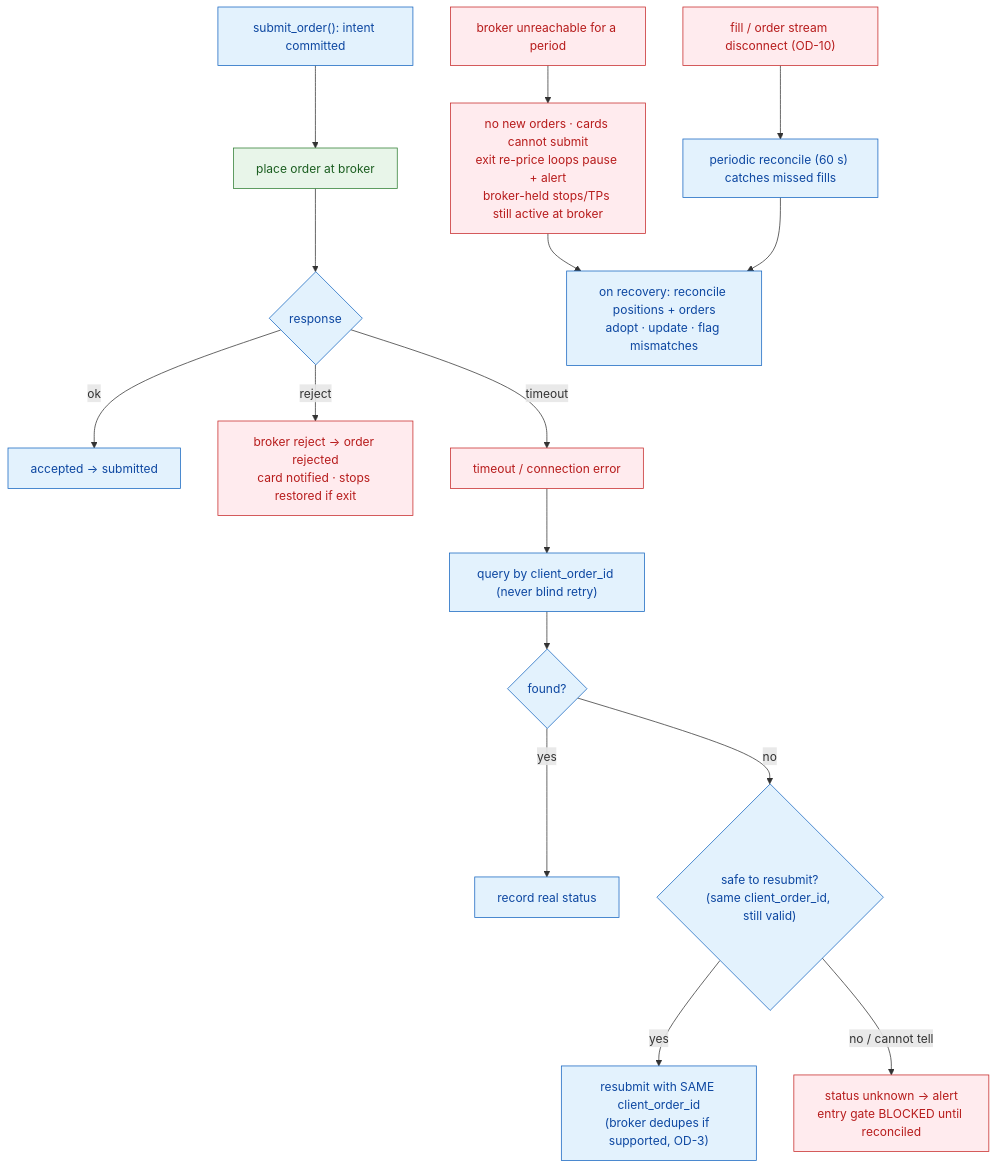
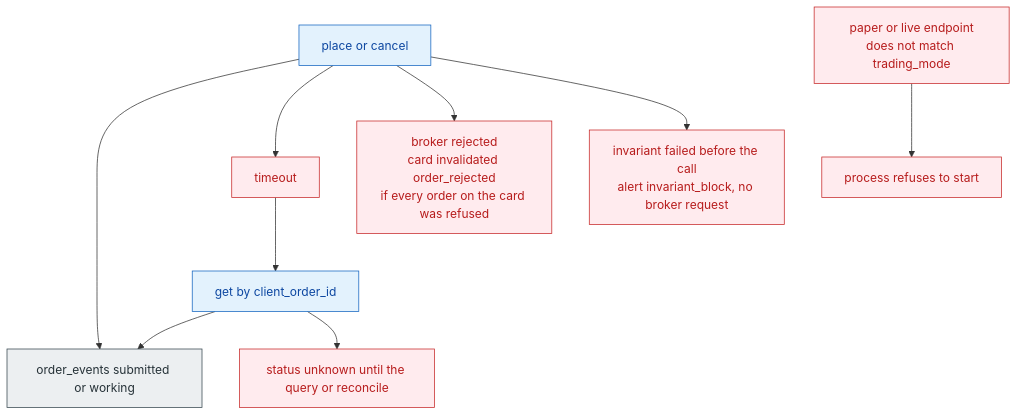
The fifth of 7 diagrams in docs/diagrams/09-failure-recovery.md (idolrun/trading-agent), drawn with Mermaid before and after one commit. The commit also changed other lines of this file and 131 other files, not shown here.

First line of the commit message:
docs: update architecture and data flow diagrams for clarity and consistency

````diff
--- a/docs/diagrams/09-failure-recovery.md
+++ b/docs/diagrams/09-failure-recovery.md
@@ -221,35 +161,24 @@
 ```mermaid
 flowchart TB
     classDef code fill:#e3f2fd,stroke:#1565c0,color:#0d47a1
     classDef fail fill:#ffebee,stroke:#c62828,color:#b71c1c
-    classDef ext fill:#e8f5e9,stroke:#2e7d32,color:#1b5e20
+    classDef store fill:#eceff1,stroke:#37474f,color:#263238
 
-    SUB["submit_order(): intent committed"]:::code
-    CALL["place order at broker"]:::ext
-    R{"response"}:::code
-    ACK["accepted → submitted"]:::code
-    REJ["broker reject → order rejected<br/>card notified · stops restored if exit"]:::fail
-    TO["timeout / connection error"]:::fail
-    Q["query by client_order_id (never blind retry)"]:::code
-    QR{"found?"}:::code
-    ADOPT["record real status"]:::code
-    NF{"safe to resubmit?<br/>(same client_order_id, still valid)"}:::code
-    RESUB["resubmit with SAME client_order_id<br/>(broker dedupes if supported, OD-3)"]:::code
-    UNK["status unknown → alert<br/>entry gate BLOCKED until reconciled"]:::fail
-    DOWN["broker unreachable for a period"]:::fail
-    DOWNR["no new orders · cards cannot submit<br/>exit re-price loops pause + alert<br/>broker-held stops/TPs still active at broker"]:::fail
-    REC["on recovery: reconcile positions + orders<br/>adopt · update · flag mismatches"]:::code
-    STREAM["fill / order stream disconnect (OD-10)"]:::fail
-    POLL["periodic reconcile (60 s) catches missed fills"]:::code
+    CALL["place or cancel"]:::code
+    OK["order_events submitted or working"]:::store
+    TO["timeout"]:::fail
+    QRY["get by client_order_id"]:::code
+    UNK["status unknown until the query or reconcile"]:::fail
+    REJ["broker rejected<br/>card invalidated order_rejected<br/>if every order on the card was refused"]:::fail
+    INV["invariant failed before the call<br/>alert invariant_block, no broker request"]:::fail
+    MODE["paper or live endpoint<br/>does not match trading_mode"]:::fail
+    HALT["process refuses to start"]:::fail
 
-    SUB --> CALL --> R
-    R -->|"ok"| ACK
-    R -->|"reject"| REJ
-    R -->|"timeout"| TO --> Q --> QR
-    QR -->|"yes"| ADOPT
-    QR -->|"no"| NF
-    NF -->|"yes"| RESUB
-    NF -->|"no / cannot tell"| UNK
-    DOWN --> DOWNR --> REC
-    STREAM --> POLL --> REC
+    CALL --> OK
+    CALL --> TO --> QRY
+    QRY --> OK
+    QRY --> UNK
+    CALL --> REJ
+    CALL --> INV
+    MODE --> HALT
 ```
````
